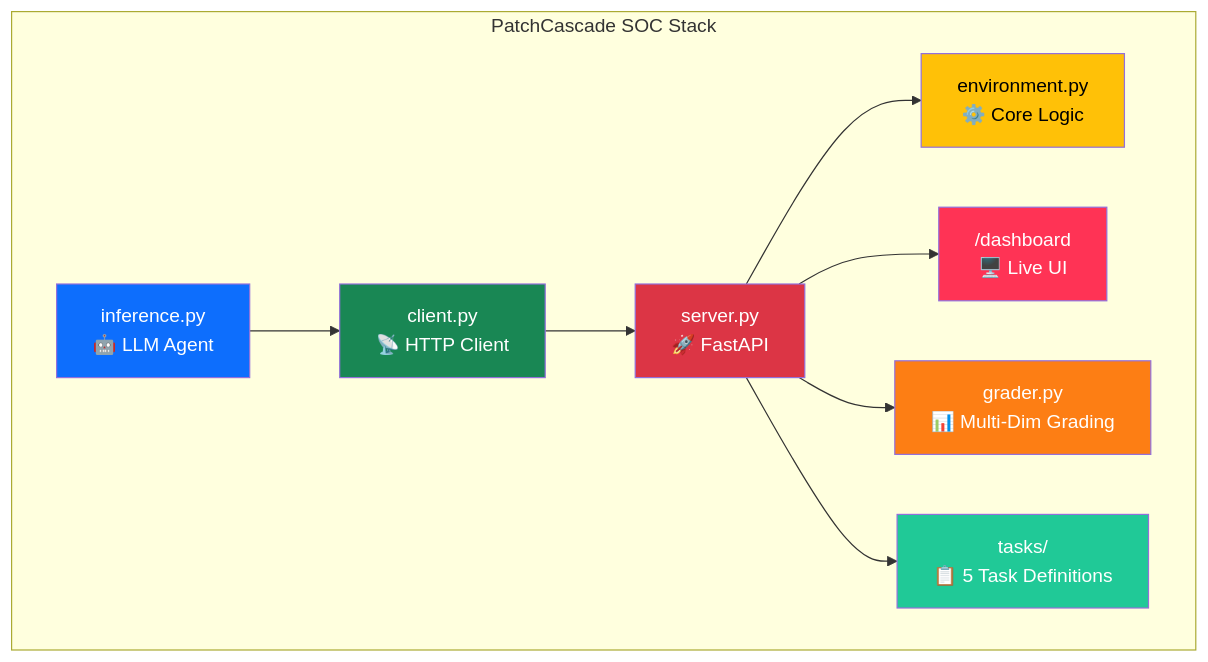
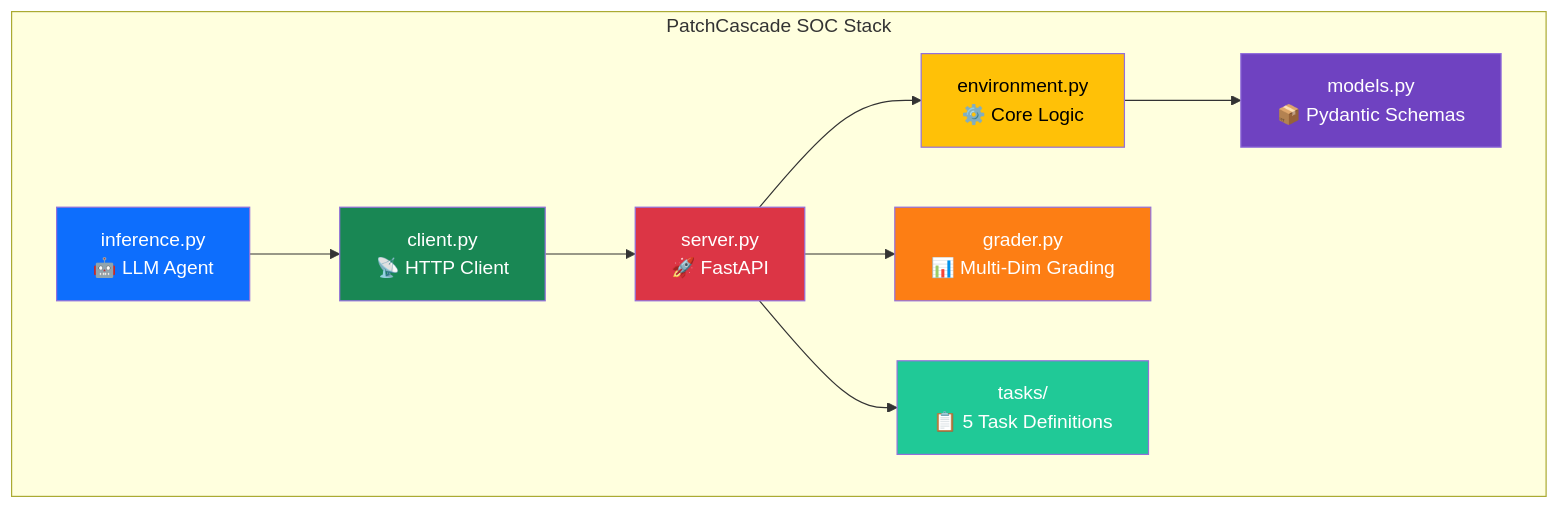
The fourth of 4 diagrams in README.md (Ayush-Kumar0207/PatchCascade-SOC), drawn with Mermaid before and after one commit. The commit also changed other lines of this file and 5 other files, not shown here.

````diff
--- a/README.md
+++ b/README.md
@@ -384,19 +357,19 @@
 ```mermaid
 graph TB
     subgraph "PatchCascade SOC Stack"
         INF["inference.py<br>🤖 LLM Agent"] --> CLI["client.py<br>📡 HTTP Client"]
         CLI --> SRV["server.py<br>🚀 FastAPI"]
         SRV --> ENV["environment.py<br>⚙️ Core Logic"]
-        SRV --> DASH["/dashboard<br>🖥️ Live UI"]
+        ENV --> MOD["models.py<br>📦 Pydantic Schemas"]
         SRV --> GRD["grader.py<br>📊 Multi-Dim Grading"]
         SRV --> TSK["tasks/<br>📋 5 Task Definitions"]
     end
 
     style INF fill:#0d6efd,color:white
     style CLI fill:#198754,color:white
     style SRV fill:#dc3545,color:white
-    style DASH fill:#ff3355,color:white
     style ENV fill:#ffc107,color:black
+    style MOD fill:#6f42c1,color:white
     style GRD fill:#fd7e14,color:white
     style TSK fill:#20c997,color:white
 ```
````
